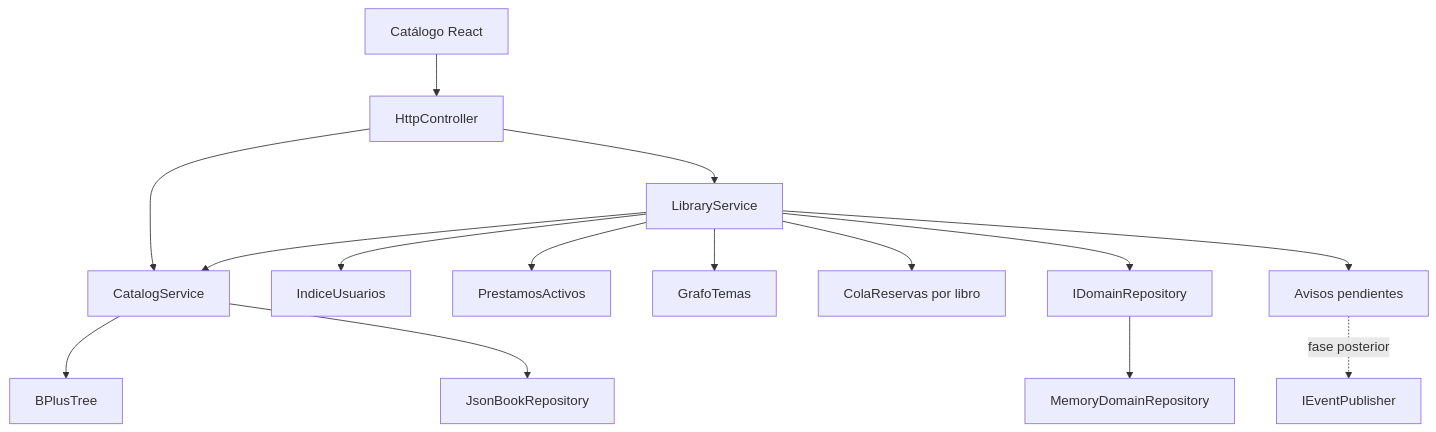
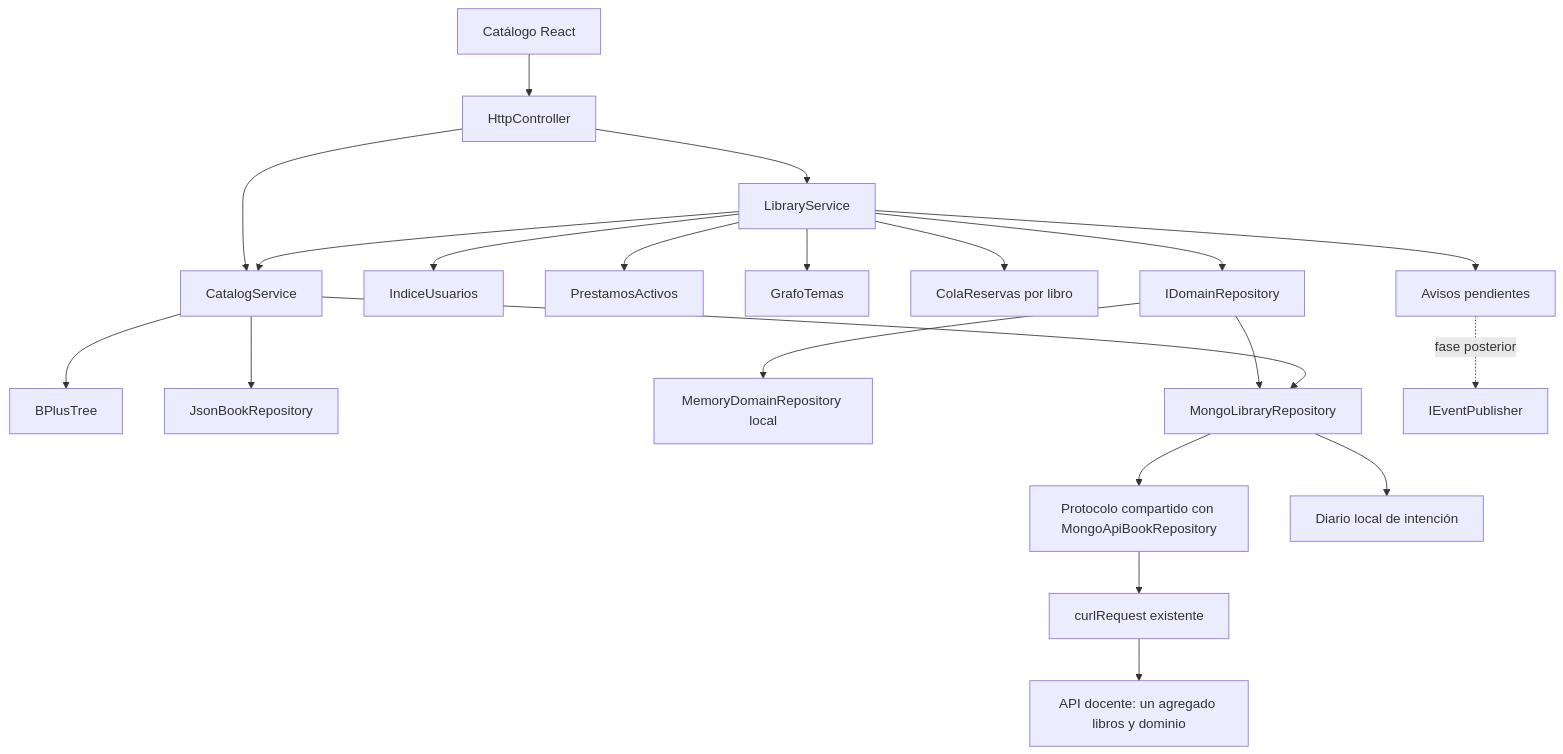
The third of 5 diagrams in docs/DOMINIO_API.md (yrojasar-ui/Sistema-de-gestion-Academica), drawn with Mermaid before and after one commit. The commit also changed other lines of this file and 54 other files, not shown here.

Commit message:
Persiste la biblioteca completa en Mongo con confirmación y recuperación

````diff
--- a/docs/DOMINIO_API.md
+++ b/docs/DOMINIO_API.md
@@ -186,17 +191,23 @@
 ```mermaid
 flowchart TD
     UI[Catálogo React] --> HTTP[HttpController]
     HTTP --> D[LibraryService]
     HTTP --> C[CatalogService]
     D --> C
     C --> BP[BPlusTree]
     C --> J[JsonBookRepository]
     D --> H[IndiceUsuarios]
     D --> R[PrestamosActivos]
     D --> G[GrafoTemas]
     D --> F[ColaReservas por libro]
     D --> I[IDomainRepository]
-    I --> M[MemoryDomainRepository]
+    I --> M[MemoryDomainRepository local]
+    I --> MR[MongoLibraryRepository]
+    C --> MR
+    MR --> P[Protocolo compartido con MongoApiBookRepository]
+    P --> T[curlRequest existente]
+    T --> N[API docente: un agregado libros y dominio]
+    MR --> JRN[Diario local de intención]
     D --> A[Avisos pendientes]
     A -. fase posterior .-> E[IEventPublisher]
 ```
````
